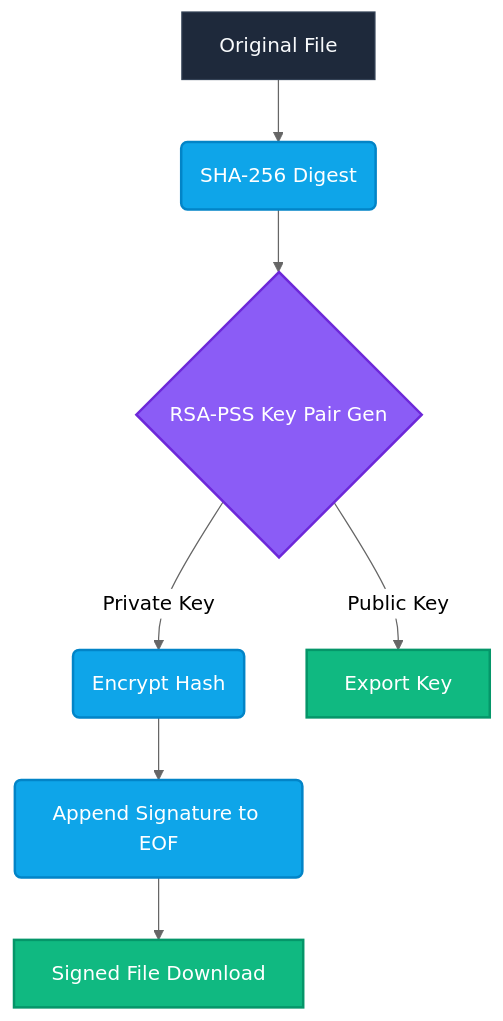
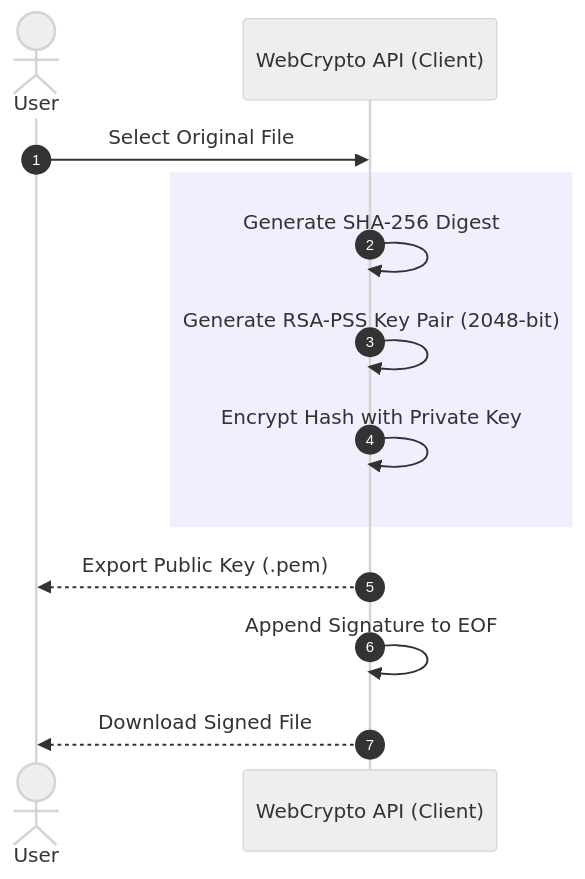
The first of 2 diagrams in README.md (kirtanpatel2201/CryptoSeal), drawn with Mermaid (neutral theme) before and after one commit. The commit also changed other lines of this file, not shown here.

````diff
--- a/README.md
+++ b/README.md
@@ -79,14 +59,16 @@
 ```mermaid
-graph TD
-    classDef default fill:#1e293b,stroke:#334155,stroke-width:1px,color:#f8fafc;
-    classDef process fill:#0ea5e9,stroke:#0284c7,stroke-width:2px,color:#ffffff;
-    classDef key fill:#8b5cf6,stroke:#6d28d9,stroke-width:2px,color:#ffffff;
-    classDef output fill:#10b981,stroke:#059669,stroke-width:2px,color:#ffffff;
-
-    A[Original File] --> B(SHA-256 Digest):::process
-    B --> C{RSA-PSS Key Pair Gen}:::key
-    C -->|Private Key| D(Encrypt Hash):::process
-    C -->|Public Key| E[Export Key]:::output
-    D --> F(Append Signature to EOF):::process
-    F --> G[Signed File Download]:::output
+sequenceDiagram
+    autonumber
+    actor User
+    participant Browser as WebCrypto API (Client)
+    
+    User->>Browser: Select Original File
+    rect rgba(139, 92, 246, 0.1)
+    Browser->>Browser: Generate SHA-256 Digest
+    Browser->>Browser: Generate RSA-PSS Key Pair (2048-bit)
+    Browser->>Browser: Encrypt Hash with Private Key
+    end
+    Browser-->>User: Export Public Key (.pem)
+    Browser->>Browser: Append Signature to EOF
+    Browser-->>User: Download Signed File
 ```
````
